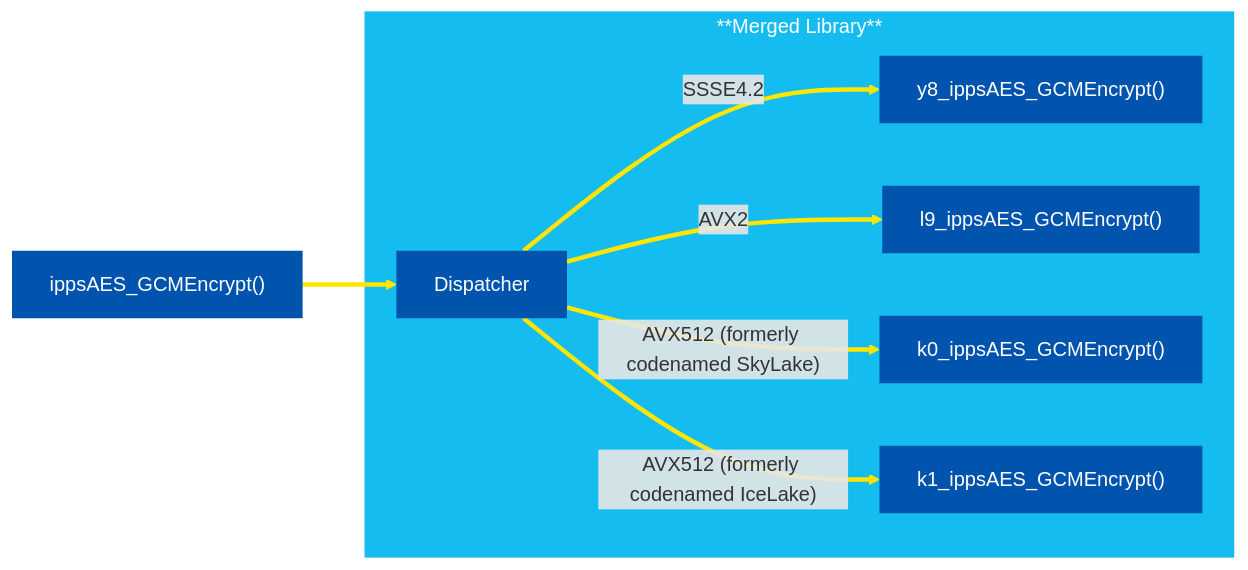
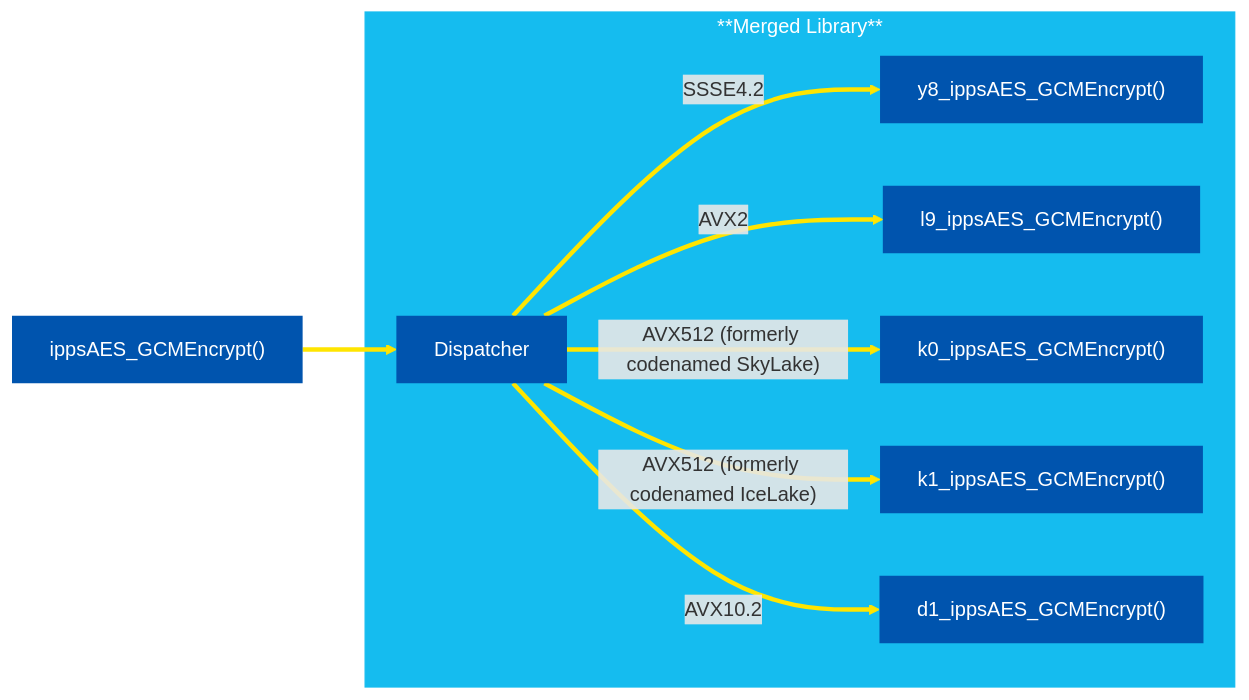
Before and after one commit to intel/cryptography-primitives: the first of 3 diagrams in OVERVIEW.md, drawn with Mermaid. The commit also changed other lines of this file and 43 other files, not shown here.

````diff
--- a/OVERVIEW.md
+++ b/OVERVIEW.md
@@ -87,28 +87,30 @@
 ```mermaid
 flowchart LR
     classDef class1 fill:#0054AE, stroke:none, color:#FFFFFF
 
     function["ippsAES_GCMEncrypt()"]:::class1
 
     %% Subgraph for Merged Library
     subgraph ML[**Merged Library**]
         dispatcher["Dispatcher"]:::class1
 
         y8["y8_ippsAES_GCMEncrypt()"]:::class1
         l9["l9_ippsAES_GCMEncrypt()"]:::class1
         k0["k0_ippsAES_GCMEncrypt()"]:::class1
         k1["k1_ippsAES_GCMEncrypt()"]:::class1
+        d1["d1_ippsAES_GCMEncrypt()"]:::class1
 
         %% Connections
         dispatcher == SSSE4.2 ==> y8
         dispatcher == AVX2 ==> l9
         dispatcher == AVX512 (formerly codenamed SkyLake) ==> k0
         dispatcher == AVX512 (formerly codenamed IceLake) ==> k1
+        dispatcher == AVX10.2 ==> d1
     end
 
     style ML fill:#15BCEF, stroke:#15BCEF, color:#FFFFFF
 
     function ==> dispatcher
 
-    linkStyle 0,1,2,3,4 stroke:#FFE500
+    linkStyle 0,1,2,3,4,5 stroke:#FFE500
 ```
````
